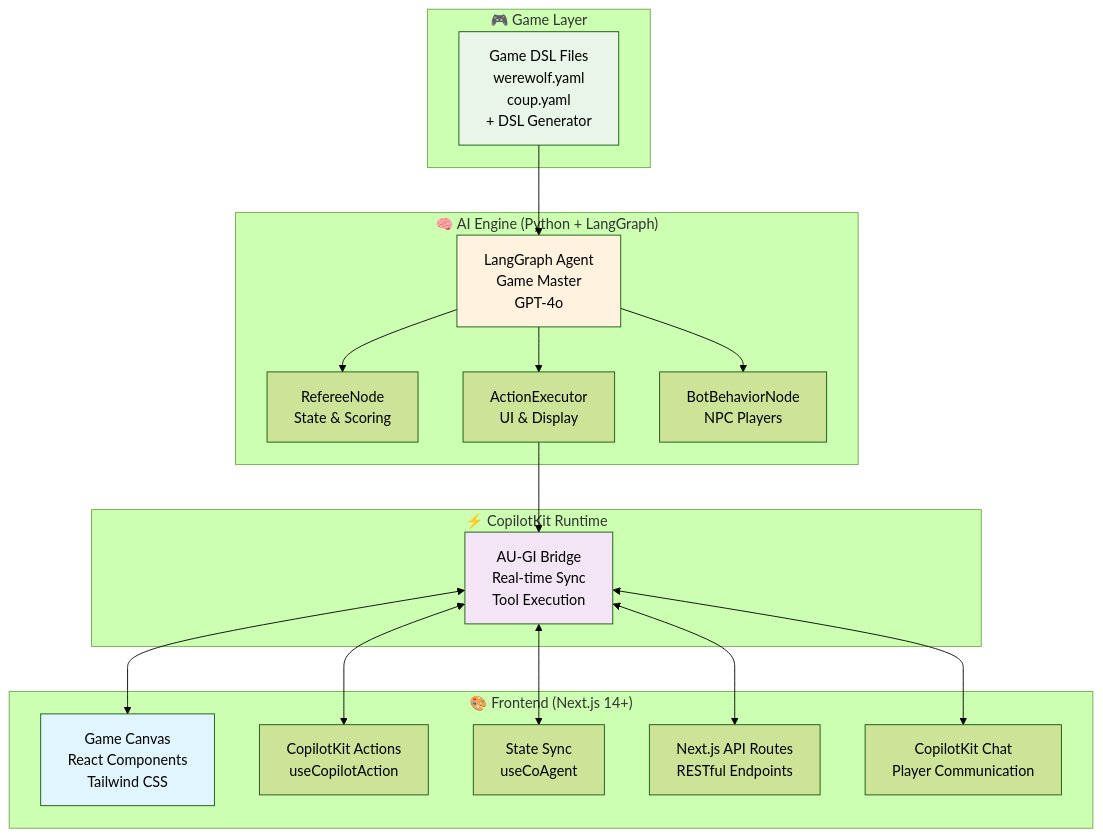
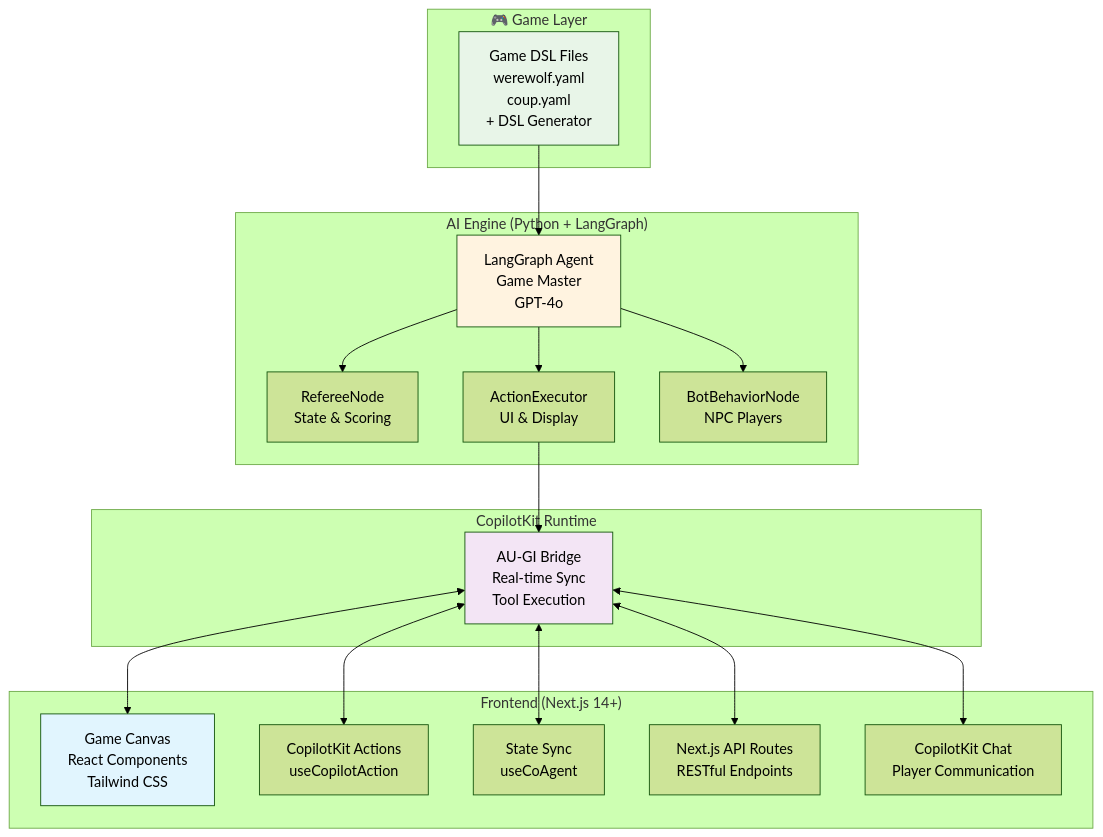
One commit to liruihan000/game_engine changed the diagram in README.md. Above: the diagram before and after it, drawn with Mermaid (forest theme). The commit also changed other lines of this file, not shown here.

````diff
--- a/README.md
+++ b/README.md
@@ -60,41 +61,41 @@
 ```mermaid
 graph TB
     subgraph "🎮 Game Layer"
         DSL[Game DSL Files<br/>werewolf.yaml<br/>coup.yaml<br/>+ DSL Generator]
     end
     
-    subgraph "🧠 AI Engine (Python + LangGraph)"
+    subgraph "AI Engine (Python + LangGraph)"
         Agent[LangGraph Agent<br/>Game Master<br/>GPT-4o]
         Referee[RefereeNode<br/>State & Scoring]
         ActionEx[ActionExecutor<br/>UI & Display]
         BotNodes[BotBehaviorNode<br/>NPC Players]
     end
     
-    subgraph "🎨 Frontend (Next.js 14+)"
+    subgraph "Frontend (Next.js 14+)"
         UI[Game Canvas<br/>React Components<br/>Tailwind CSS]
         Actions[CopilotKit Actions<br/>useCopilotAction]
         State[State Sync<br/>useCoAgent]
         API[Next.js API Routes<br/>RESTful Endpoints]
         Chat[CopilotKit Chat<br/>Player Communication]
     end
     
-    subgraph "⚡ CopilotKit Runtime"
+    subgraph "CopilotKit Runtime"
         Runtime[AU-GI Bridge<br/>Real-time Sync<br/>Tool Execution]
     end
     
     DSL --> Agent
     Agent --> Referee
     Agent --> ActionEx
     Agent --> BotNodes
     ActionEx --> Runtime
     Runtime <--> UI
     Runtime <--> Actions
     Runtime <--> State
     Runtime <--> Chat
     Runtime <--> API
     
     style DSL fill:#e8f5e8
     style Agent fill:#fff3e0
     style UI fill:#e1f5fe
     style Runtime fill:#f3e5f5
 ```
````
